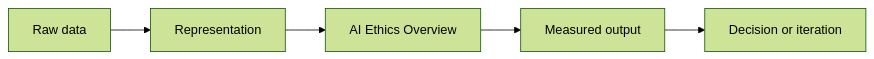
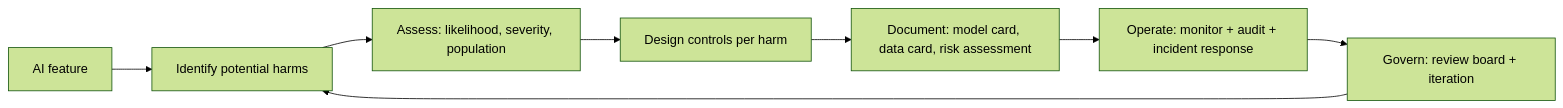
One commit to Icon1cc/Machine-Learning changed the diagram in ethics-safety/01-ai-ethics-overview.md. Above: the diagram before and after it, drawn with Mermaid (forest theme). The commit also changed other lines of this file and 264 other files, not shown here.

````diff
--- a/ethics-safety/01-ai-ethics-overview.md
+++ b/ethics-safety/01-ai-ethics-overview.md
@@ -92,7 +295,10 @@
 ```mermaid
 flowchart LR
-    A[Raw data] --> B[Representation]
-    B --> C[AI Ethics Overview]
-    C --> D[Measured output]
-    D --> E[Decision or iteration]
+    F[AI feature] --> H[Identify potential harms]
+    H --> A[Assess: likelihood, severity, population]
+    A --> C[Design controls per harm]
+    C --> D[Document: model card, data card, risk assessment]
+    D --> O[Operate: monitor + audit + incident response]
+    O --> G[Govern: review board + iteration]
+    G --> H
 ```
````
